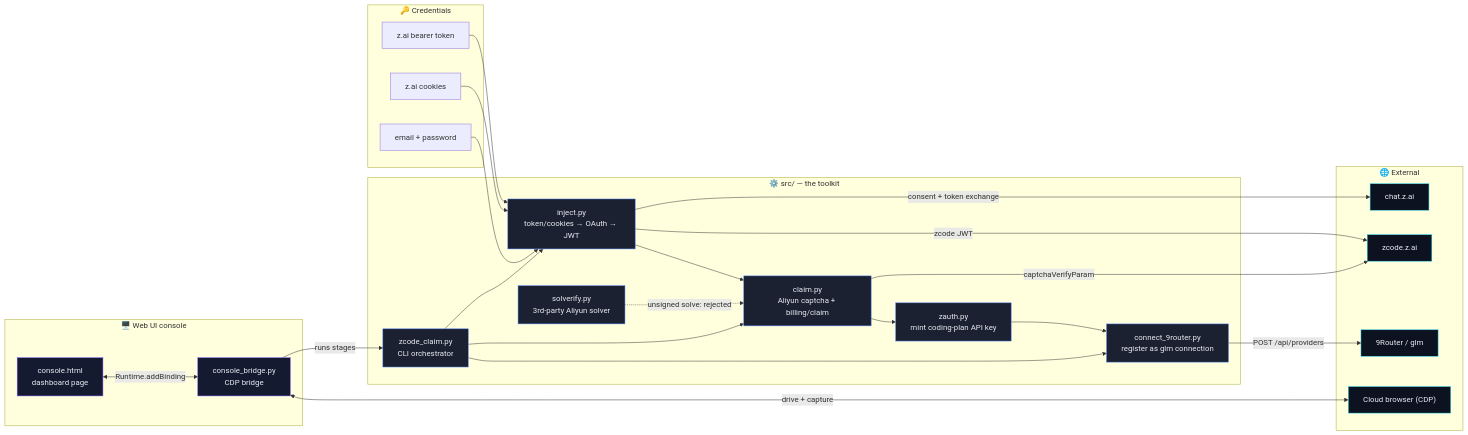
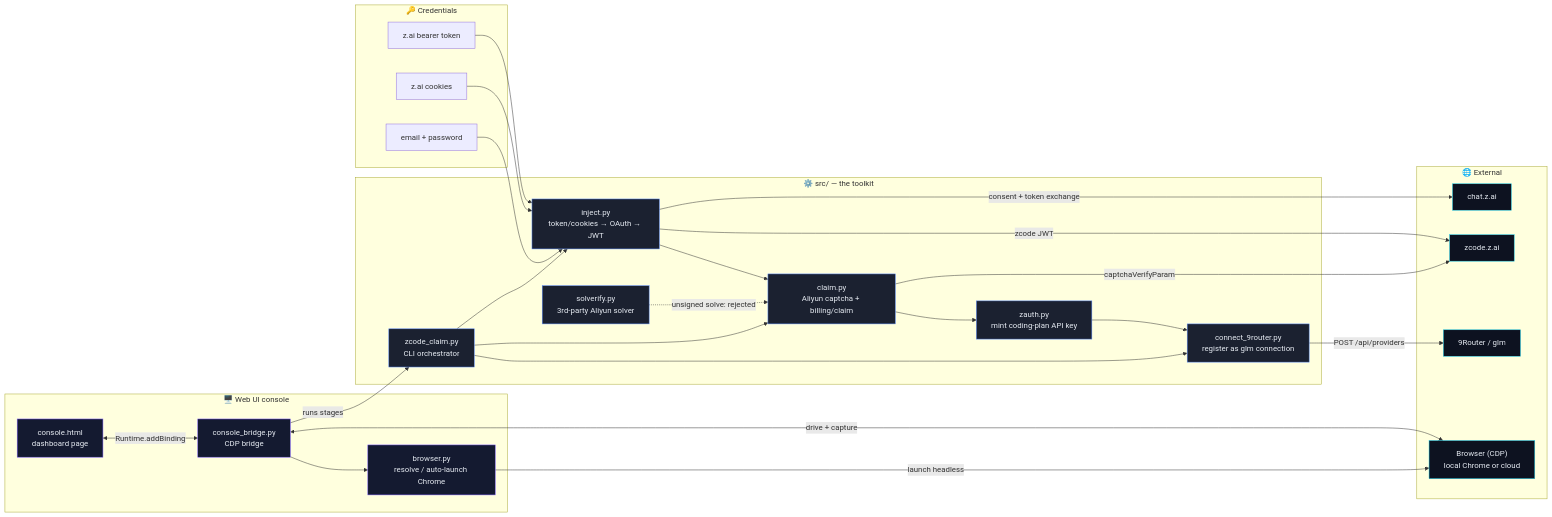
Before and after one commit to 0xgetz/zcode-claim-9router: the first of 3 diagrams in docs/STRUCTURE.md, drawn with Mermaid. The commit also changed other lines of this file and 10 other files, not shown here.

First line of the commit message:
Run without the cloud: local/headless browser auto-launch

````diff
--- a/docs/STRUCTURE.md
+++ b/docs/STRUCTURE.md
@@ -6,55 +6,58 @@
 ```mermaid
 flowchart LR
     subgraph Input["🔑 Credentials"]
         A1["z.ai bearer token"]
         A2["z.ai cookies"]
         A3["email + password"]
     end
 
     subgraph Core["⚙️ src/ — the toolkit"]
         INJ["inject.py<br/>token/cookies → OAuth → JWT"]
         CLM["claim.py<br/>Aliyun captcha + billing/claim"]
         AUT["zauth.py<br/>mint coding-plan API key"]
         CON["connect_9router.py<br/>register as glm connection"]
         CLI["zcode_claim.py<br/>CLI orchestrator"]
         SOL["solverify.py<br/>3rd-party Aliyun solver"]
     end
 
     subgraph UI["🖥️ Web UI console"]
         HTML["console.html<br/>dashboard page"]
         BRG["console_bridge.py<br/>CDP bridge"]
+        BRS["browser.py<br/>resolve / auto-launch Chrome"]
     end
 
     subgraph Ext["🌐 External"]
         ZAI["chat.z.ai"]
         ZCODE["zcode.z.ai"]
         ROUTER["9Router / glm"]
-        CDP["Cloud browser (CDP)"]
+        CDP["Browser (CDP)<br/>local Chrome or cloud"]
     end
 
     A1 --> INJ
     A2 --> INJ
     A3 --> INJ
     INJ -->|consent + token exchange| ZAI
     INJ -->|zcode JWT| ZCODE
     INJ --> CLM
     CLM -->|captchaVerifyParam| ZCODE
     SOL -.->|unsigned solve: rejected| CLM
     CLM --> AUT
     AUT --> CON
     CON -->|POST /api/providers| ROUTER
 
     HTML <-->|Runtime.addBinding| BRG
     BRG -->|runs stages| CLI
     CLI --> INJ
     CLI --> CLM
     CLI --> CON
+    BRG --> BRS
     BRG <-->|drive + capture| CDP
+    BRS -->|launch headless| CDP
 
     classDef core fill:#1b2130,stroke:#5b8cff,color:#e7ecf3
     classDef ui fill:#141a30,stroke:#7c5cff,color:#e7ecf3
     classDef ext fill:#0d1220,stroke:#22d3ee,color:#e7ecf3
     class INJ,CLM,AUT,CON,CLI,SOL core
-    class HTML,BRG ui
+    class HTML,BRG,BRS ui
     class ZAI,ZCODE,ROUTER,CDP ext
 ```
````
